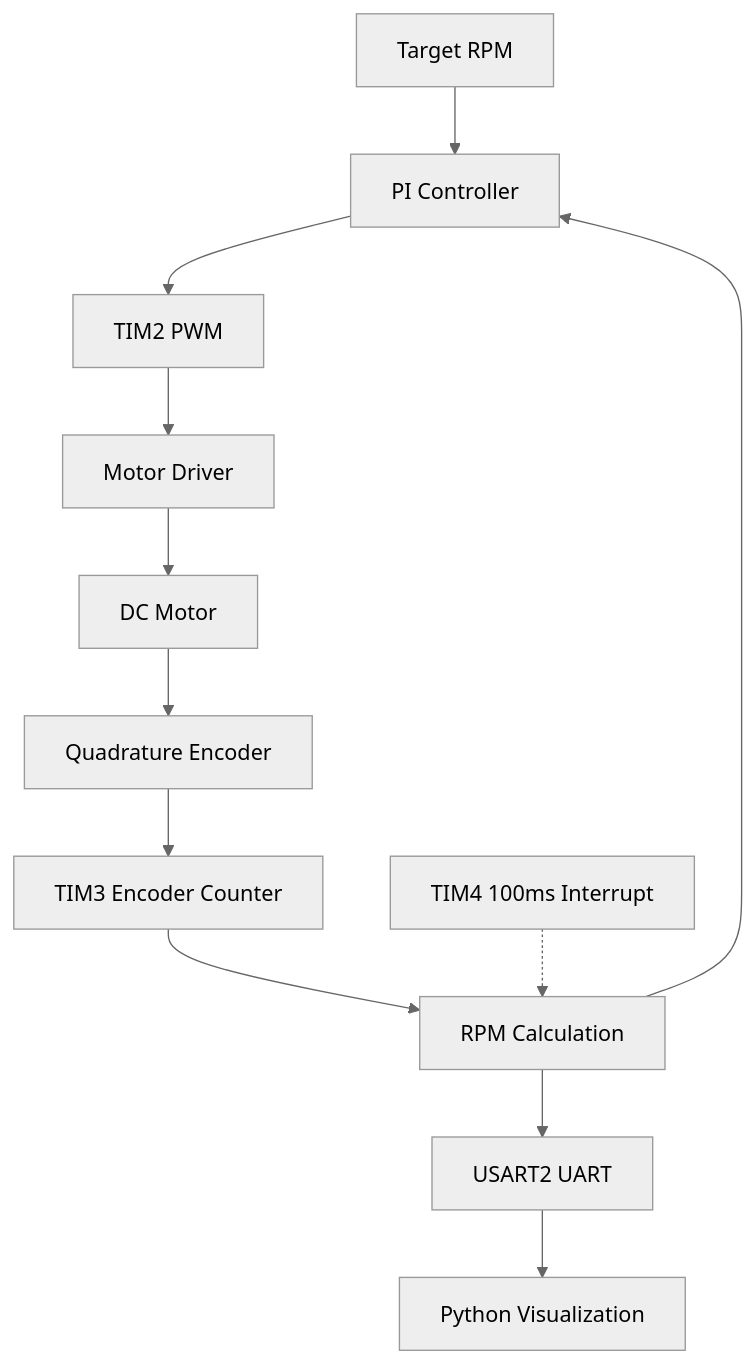
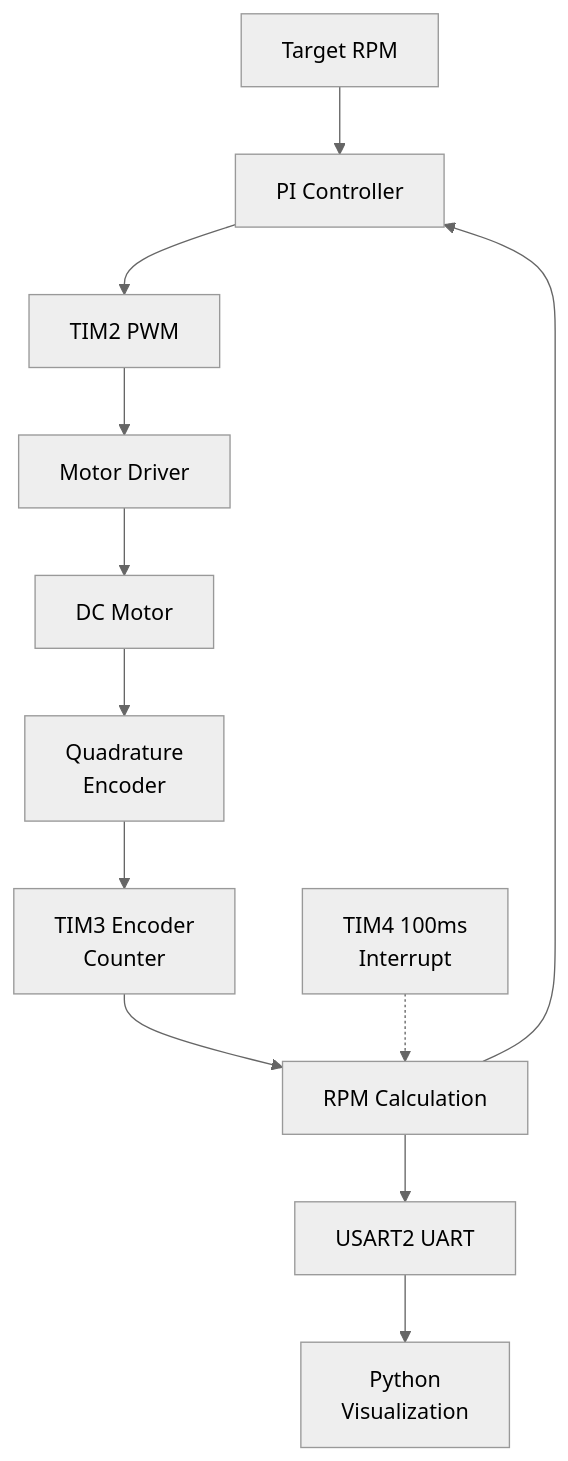
One commit to ChenmingZhao327/stm32-motor-control changed the diagram in README.md. Above: the diagram before and after it, drawn with Mermaid (neutral theme). The commit also changed other lines of this file, not shown here.

````diff
--- a/README.md
+++ b/README.md
@@ -33,14 +33,14 @@
 ```mermaid
  flowchart TD
     A[Target RPM] --> B[PI Controller]
     B --> C[TIM2 PWM]
     C --> D[Motor Driver]
     D --> E[DC Motor]
-    E --> F[Quadrature Encoder]
-    F --> G[TIM3 Encoder Counter]
+    E --> F["Quadrature<br/> Encoder"]
+    F --> G["TIM3 Encoder<br/> Counter"]
     G --> H[RPM Calculation]
     H --> B
     H --> I[USART2 UART]
-    I --> J[Python Visualization]
-    K[TIM4 100ms Interrupt] -.-> H
+    I --> J["Python<br/> Visualization"]
+    K["TIM4 100ms<br/> Interrupt"] -.-> H
 ```
````
